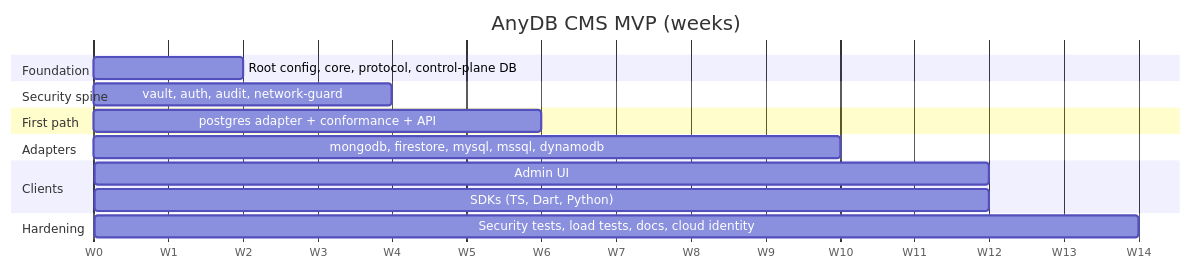
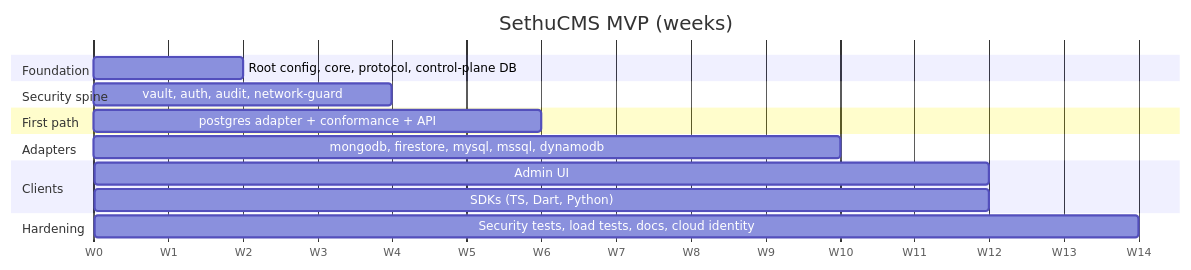
Before and after one commit to SethuCMS/SethuCMS-docs: the diagram in docs/11-roadmap.md, drawn with Mermaid. The commit also changed other lines of this file and 41 other files, not shown here.

````diff
--- a/docs/11-roadmap.md
+++ b/docs/11-roadmap.md
@@ -21,19 +21,19 @@
 ```mermaid
 gantt
-    title AnyDB CMS MVP (weeks)
+    title SethuCMS MVP (weeks)
     dateFormat  X
     axisFormat  W%s
     section Foundation
     Root config, core, protocol, control-plane DB :0, 2
     section Security spine
     vault, auth, audit, network-guard :2, 4
     section First path
     postgres adapter + conformance + API :4, 6
     section Adapters
     mongodb, firestore, mysql, mssql, dynamodb :6, 10
     section Clients
     Admin UI :8, 12
     SDKs (TS, Dart, Python) :10, 12
     section Hardening
     Security tests, load tests, docs, cloud identity :12, 14
 ```
````
